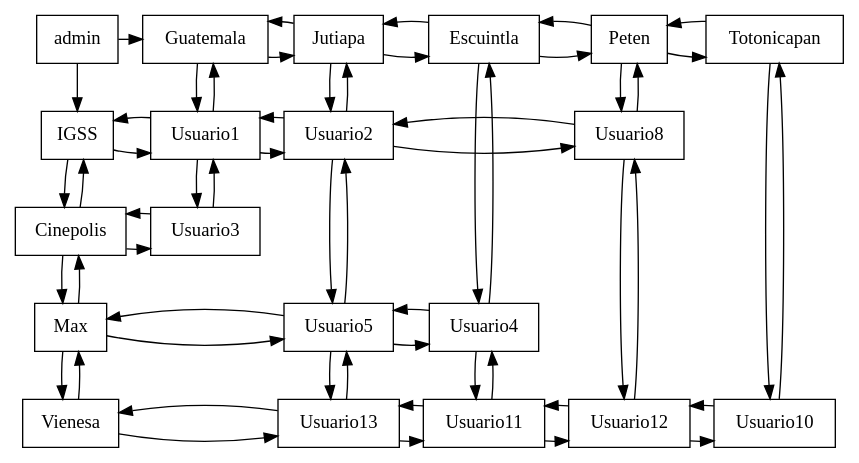
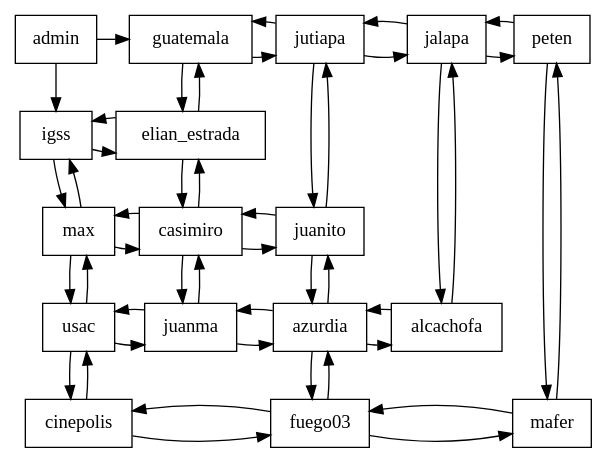
One commit to Mlvin40/RentaDeActivos changed the diagram in cmake-build-debug/matriz.dot. Above: the diagram before and after it, drawn with Graphviz. The commit also changed 36 other files, not shown here.

```diff
--- a/cmake-build-debug/matriz.dot
+++ b/cmake-build-debug/matriz.dot
@@ -1,103 +1,88 @@
 digraph G {
     node [shape=box];
     n0 [label = "admin" group=1];
-Guatemala[label = "Guatemala" group=2];
-Jutiapa[label = "Jutiapa" group=3];
-Escuintla[label = "Escuintla" group=4];
-Peten[label = "Peten" group=5];
-Totonicapan[label = "Totonicapan" group=6];
-n0 -> Guatemala;
-Guatemala -> Jutiapa;
-Jutiapa -> Guatemala;
-Jutiapa -> Escuintla;
-Escuintla -> Jutiapa;
-Escuintla -> Peten;
-Peten -> Escuintla;
-Peten -> Totonicapan;
-Totonicapan -> Peten;
-IGSS[label = "IGSS" group=1];
-Cinepolis[label = "Cinepolis" group=1];
-Max[label = "Max" group=1];
-Vienesa[label = "Vienesa" group=1];
-n0 -> IGSS;
-IGSS -> Cinepolis;
-Cinepolis -> IGSS;
-Cinepolis -> Max;
-Max -> Cinepolis;
-Max -> Vienesa;
-Vienesa -> Max;
-{rank=same; n0; Guatemala; Jutiapa; Escuintla; Peten; Totonicapan; }
+guatemala[label = "guatemala" group=2];
+jutiapa[label = "jutiapa" group=3];
+jalapa[label = "jalapa" group=4];
+peten[label = "peten" group=5];
+n0 -> guatemala;
+guatemala -> jutiapa;
+jutiapa -> guatemala;
+jutiapa -> jalapa;
+jalapa -> jutiapa;
+jalapa -> peten;
+peten -> jalapa;
+igss[label = "igss" group=1];
+max[label = "max" group=1];
+usac[label = "usac" group=1];
+cinepolis[label = "cinepolis" group=1];
+n0 -> igss;
+igss -> max;
+max -> igss;
+max -> usac;
+usac -> max;
+usac -> cinepolis;
+cinepolis -> usac;
+{rank=same; n0; guatemala; jutiapa; jalapa; peten; }
 
-IGSS[label = "IGSS" group=1];
-Usuario1[label = "Usuario1" group=2];
-Usuario2[label = "Usuario2" group=3];
-Usuario8[label = "Usuario8" group=5];
-Cinepolis[label = "Cinepolis" group=0];
-Usuario3[label = "Usuario3" group=2];
-Max[label = "Max" group=0];
-Usuario5[label = "Usuario5" group=3];
-Usuario4[label = "Usuario4" group=4];
-Vienesa[label = "Vienesa" group=0];
-Usuario13[label = "Usuario13" group=3];
-Usuario11[label = "Usuario11" group=4];
-Usuario12[label = "Usuario12" group=5];
-Usuario10[label = "Usuario10" group=6];
-{rank=same;IGSS; Usuario1; Usuario2; Usuario8; }
+igss[label = "igss" group=1];
+elian_estrada[label = "elian_estrada" group=2];
+max[label = "max" group=0];
+casimiro[label = "casimiro" group=2];
+juanito[label = "juanito" group=3];
+usac[label = "usac" group=0];
+juanma[label = "juanma" group=2];
+azurdia[label = "azurdia" group=3];
+alcachofa[label = "alcachofa" group=4];
+cinepolis[label = "cinepolis" group=0];
+fuego03[label = "fuego03" group=3];
+mafer[label = "mafer" group=5];
+{rank=same;igss; elian_estrada; }
 
-{rank=same;Cinepolis; Usuario3; }
+{rank=same;max; casimiro; juanito; }
 
-{rank=same;Max; Usuario5; Usuario4; }
+{rank=same;usac; juanma; azurdia; alcachofa; }
 
-{rank=same;Vienesa; Usuario13; Usuario11; Usuario12; Usuario10; }
+{rank=same;cinepolis; fuego03; mafer; }
 
-IGSS -> Usuario1;
-Usuario1 -> IGSS;
-Usuario1 -> Usuario2;
-Usuario2 -> Usuario1;
-Usuario1 -> Guatemala;
-Guatemala -> Usuario1;
+igss -> elian_estrada;
+elian_estrada -> igss;
+elian_estrada -> guatemala;
+guatemala -> elian_estrada;
 
-Usuario2 -> Usuario8;
-Usuario8 -> Usuario2;
-Usuario2 -> Jutiapa;
-Jutiapa -> Usuario2;
+max -> casimiro;
+casimiro -> max;
+casimiro -> juanito;
+juanito -> casimiro;
+casimiro -> elian_estrada;
+elian_estrada -> casimiro;
 
-Usuario8 -> Peten;
-Peten -> Usuario8;
+juanito -> jutiapa;
+jutiapa -> juanito;
 
-Cinepolis -> Usuario3;
-Usuario3 -> Cinepolis;
-Usuario3 -> Usuario1;
-Usuario1 -> Usuario3;
+usac -> juanma;
+juanma -> usac;
+juanma -> azurdia;
+azurdia -> juanma;
+juanma -> casimiro;
+casimiro -> juanma;
 
-Max -> Usuario5;
-Usuario5 -> Max;
-Usuario5 -> Usuario4;
-Usuario4 -> Usuario5;
-Usuario5 -> Usuario2;
-Usuario2 -> Usuario5;
+azurdia -> alcachofa;
+alcachofa -> azurdia;
+azurdia -> juanito;
+juanito -> azurdia;
 
-Usuario4 -> Escuintla;
-Escuintla -> Usuario4;
+alcachofa -> jalapa;
+jalapa -> alcachofa;
 
-Vienesa -> Usuario13;
-Usuario13 -> Vienesa;
-Usuario13 -> Usuario11;
-Usuario11 -> Usuario13;
-Usuario13 -> Usuario5;
-Usuario5 -> Usuario13;
+cinepolis -> fuego03;
+fuego03 -> cinepolis;
+fuego03 -> mafer;
+mafer -> fuego03;
+fuego03 -> azurdia;
+azurdia -> fuego03;
 
-Usuario11 -> Usuario12;
-Usuario12 -> Usuario11;
-Usuario11 -> Usuario4;
-Usuario4 -> Usuario11;
-
-Usuario12 -> Usuario10;
-Usuario10 -> Usuario12;
-Usuario12 -> Usuario8;
-Usuario8 -> Usuario12;
-
-Usuario10 -> Totonicapan;
-Totonicapan -> Usuario10;
+mafer -> peten;
+peten -> mafer;
 
 }
```
